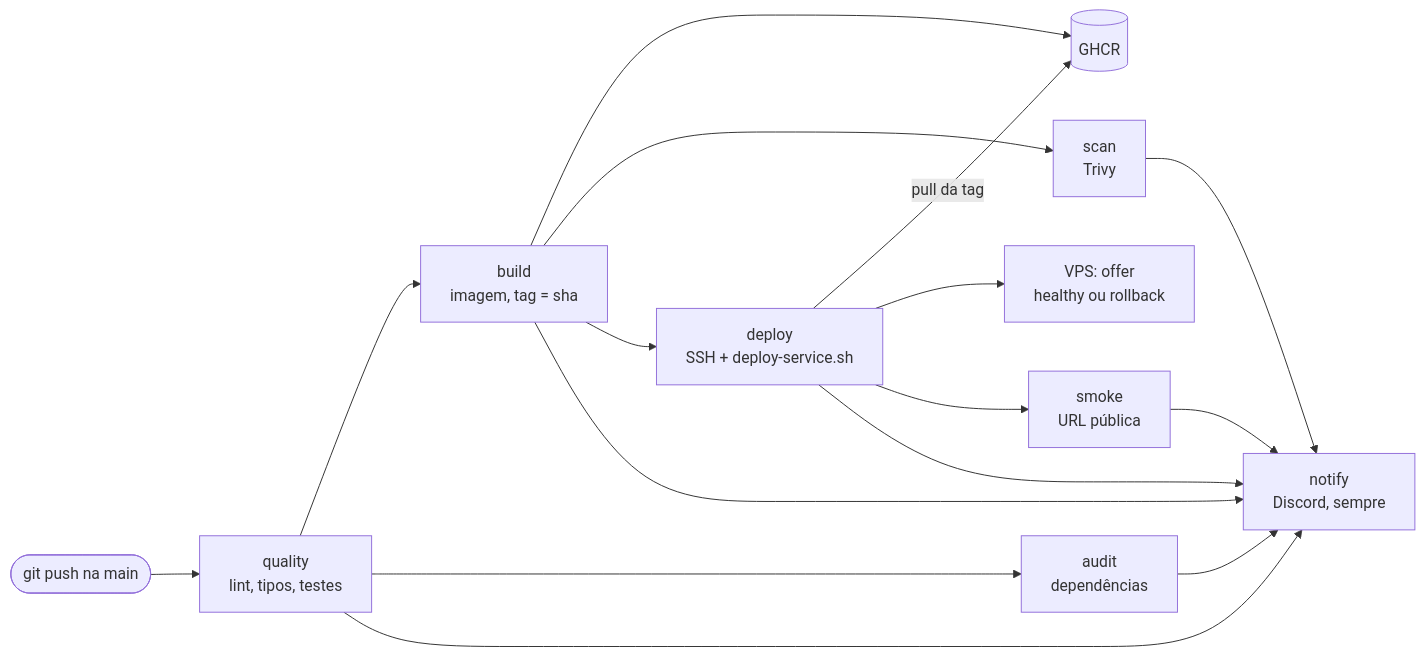
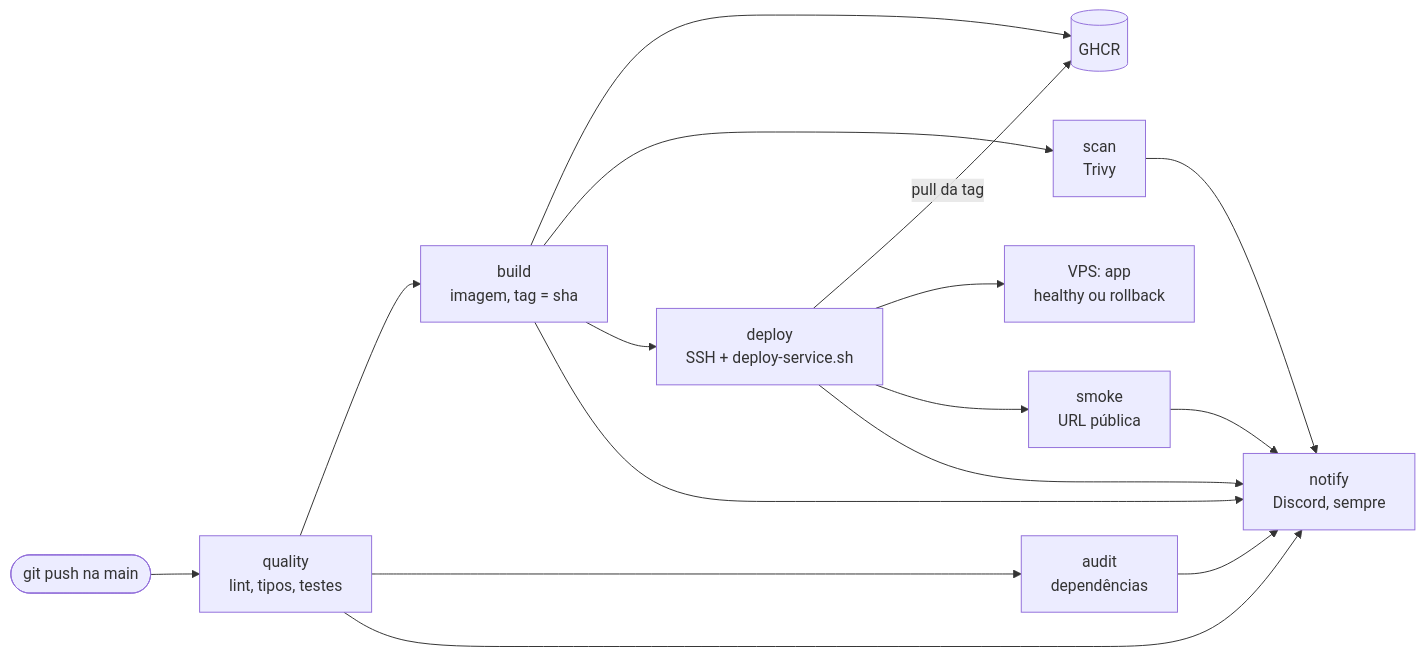
Before and after one commit to Trinket-OS-BR/infra-vps: the second of 4 diagrams in docs/diagrama.md, drawn with Mermaid. The commit also changed other lines of this file and 1 other file, not shown here.

Commit message:
Diagrama generico (padrao, sem nomes do que roda na VPS); validacao so para servicos de plataforma

````diff
--- a/docs/diagrama.md
+++ b/docs/diagrama.md
@@ -38,13 +38,13 @@
 ```mermaid
 flowchart LR
   dev([git push na main]) --> quality["quality<br/>lint, tipos, testes"]
   quality --> build["build<br/>imagem, tag = sha"]
   quality --> audit["audit<br/>dependências"]
   build --> ghcr[("GHCR")]
   build --> scan["scan<br/>Trivy"]
   build --> deploy["deploy<br/>SSH + deploy-service.sh"]
   deploy -->|"pull da tag"| ghcr
-  deploy --> vps["VPS: offer<br/>healthy ou rollback"]
+  deploy --> vps["VPS: app<br/>healthy ou rollback"]
   deploy --> smoke["smoke<br/>URL pública"]
   quality & audit & build & scan & deploy & smoke --> notify["notify<br/>Discord, sempre"]
 ```
````
